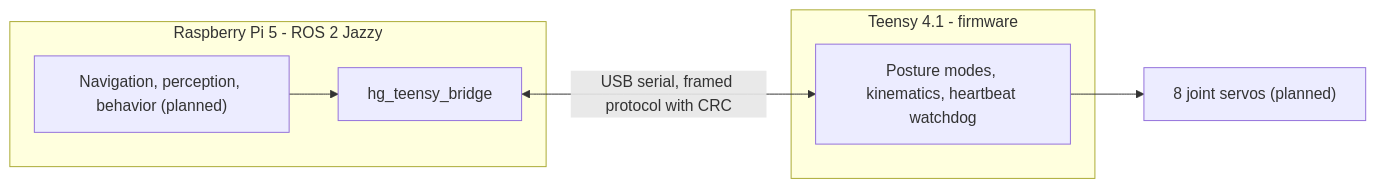
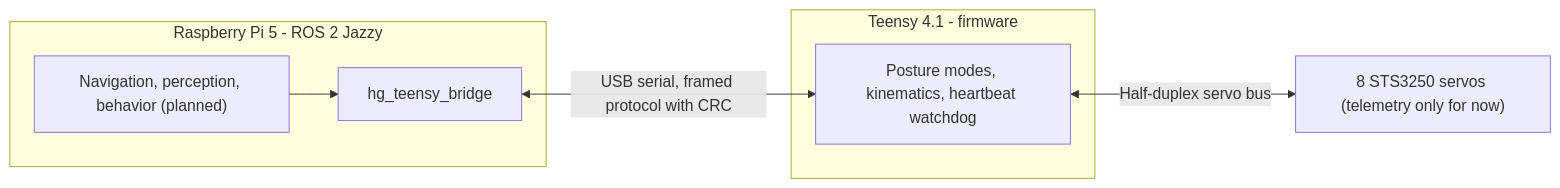
Before and after one commit to pkquy-vn/home-guardian-robot-dog: the diagram in README.md, drawn with Mermaid. The commit also changed other lines of this file and 1 other file, not shown here.

First line of the commit message:
docs: describe the servo bus and its no-motion rule

````diff
--- a/README.md
+++ b/README.md
@@ -30,11 +32,11 @@
 ```mermaid
 flowchart LR
   subgraph Pi["Raspberry Pi 5 - ROS 2 Jazzy"]
     apps["Navigation, perception, behavior (planned)"] --> bridge["hg_teensy_bridge"]
   end
   subgraph Teensy["Teensy 4.1 - firmware"]
     fw["Posture modes, kinematics, heartbeat watchdog"]
   end
   bridge <-->|"USB serial, framed protocol with CRC"| fw
-  fw --> joints["8 joint servos (planned)"]
+  fw <-->|"Half-duplex servo bus"| joints["8 STS3250 servos (telemetry only for now)"]
 ```
````
